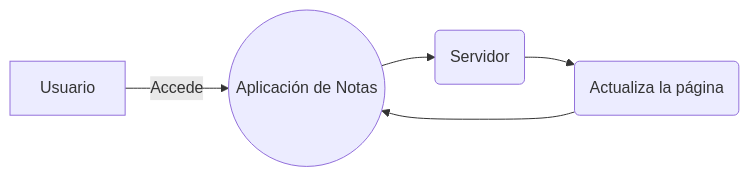
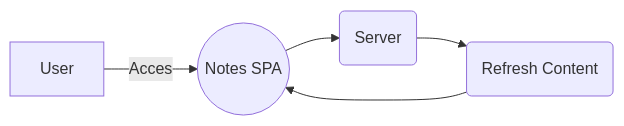
The second of 3 diagrams in README.md (OmAn94/Markdown), drawn with Mermaid before and after one commit.

````diff
--- a/README.md
+++ b/README.md
@@ -24,8 +24,8 @@
 ```mermaid
 
 graph LR
-    A[Usuario] -- Accede --> B((Aplicación de Notas))
-    B --> C(Servidor) --> D(Actualiza la página)
+    A[User] -- Acces --> B((Notes SPA))
+    B --> C(Server) --> D(Refresh Content)
     D --> B
 
 ```
````
